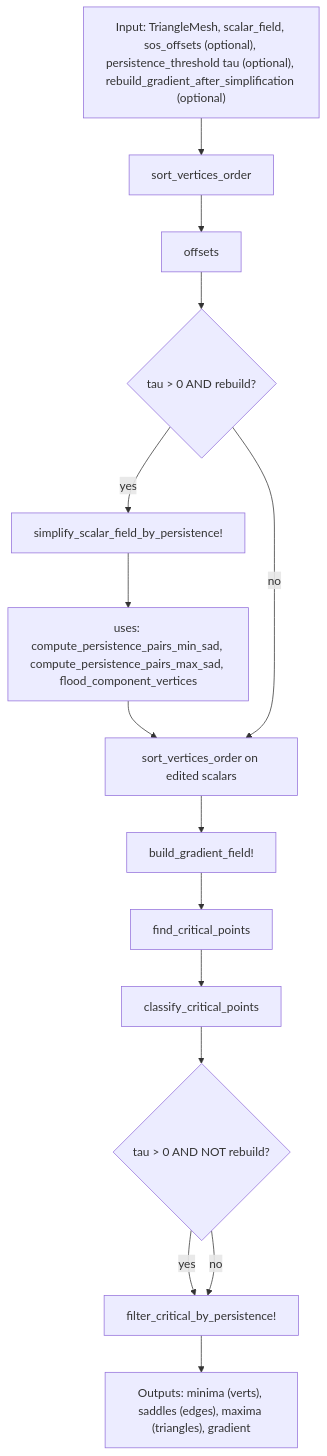
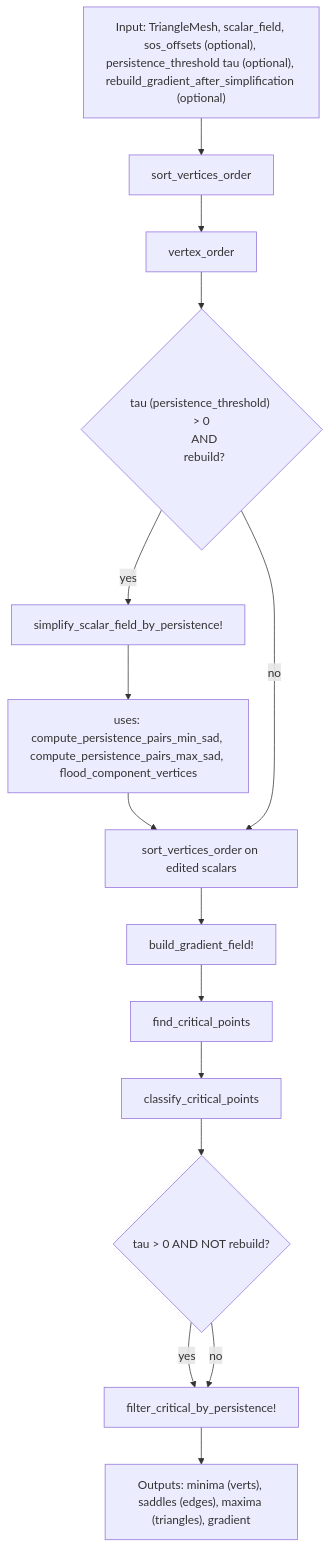
The first of 3 diagrams in docs/critical_points.md (algorithmx/discrete-morse-julia), drawn with Mermaid before and after one commit. The commit also changed other lines of this file and 1 other file, not shown here.

````diff
--- a/docs/critical_points.md
+++ b/docs/critical_points.md
@@ -43,17 +43,19 @@
 ```mermaid
 flowchart TD
   A["Input: TriangleMesh, scalar_field, sos_offsets (optional), persistence_threshold tau (optional), rebuild_gradient_after_simplification (optional)"] --> B["sort_vertices_order"]
-  B --> B2["offsets"]
-  B2 --> C{tau > 0 AND rebuild?}
+  B --> B2["vertex_order"]
+  B2 --> C{"tau (persistence_threshold) > 0
+  AND
+  rebuild?"}
   C -- yes --> D["simplify_scalar_field_by_persistence!"]
   D --> D2["uses: compute_persistence_pairs_min_sad, compute_persistence_pairs_max_sad, flood_component_vertices"]
   D2 --> E["sort_vertices_order on edited scalars"]
   C -- no --> E
   E --> F["build_gradient_field!"]
   F --> G["find_critical_points"]
   G --> H["classify_critical_points"]
   H --> I{tau > 0 AND NOT rebuild?}
   I -- yes --> J["filter_critical_by_persistence!"]
   I -- no --> J
   J --> K["Outputs: minima (verts), saddles (edges), maxima (triangles), gradient"]
 ```
````
